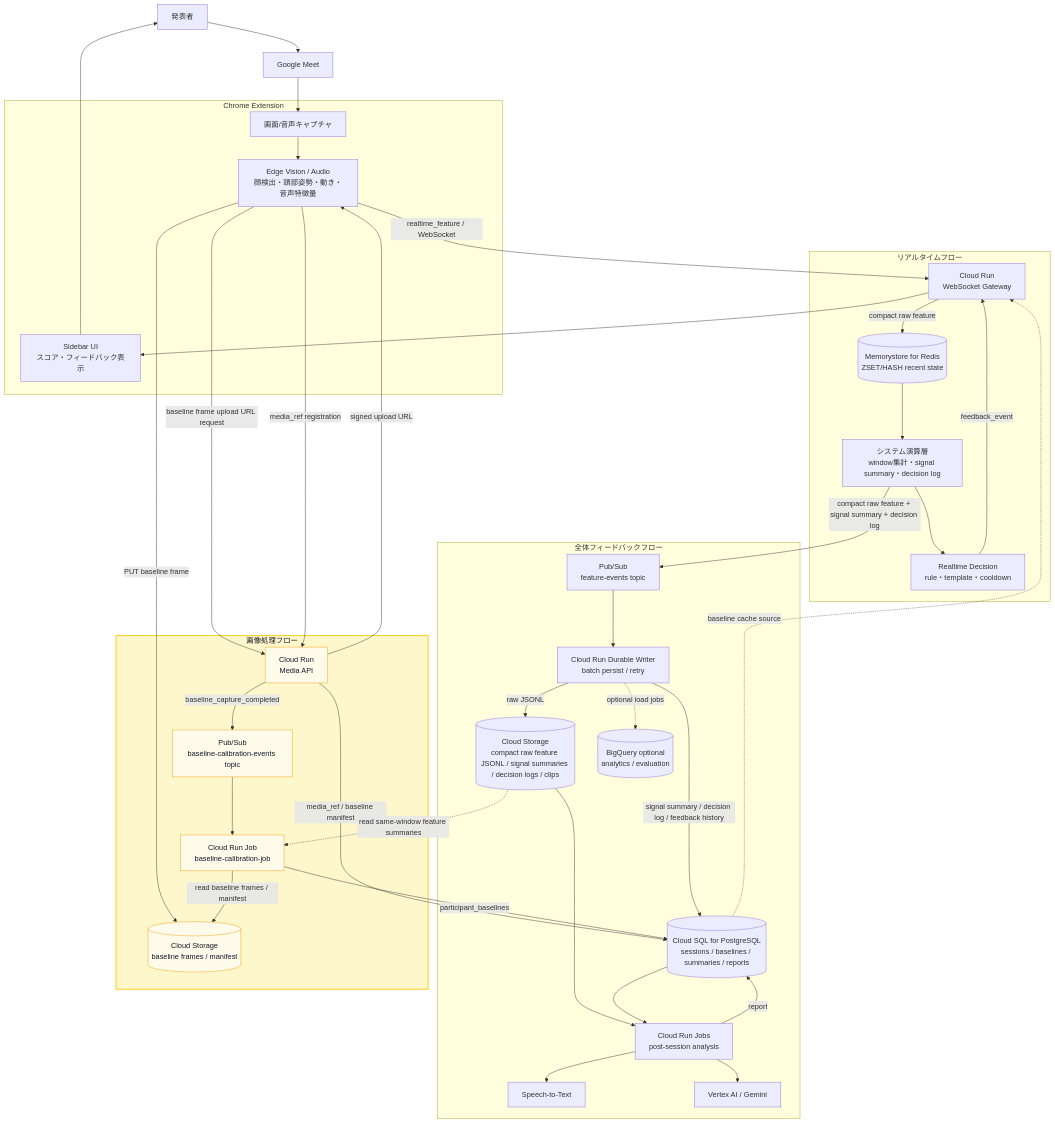
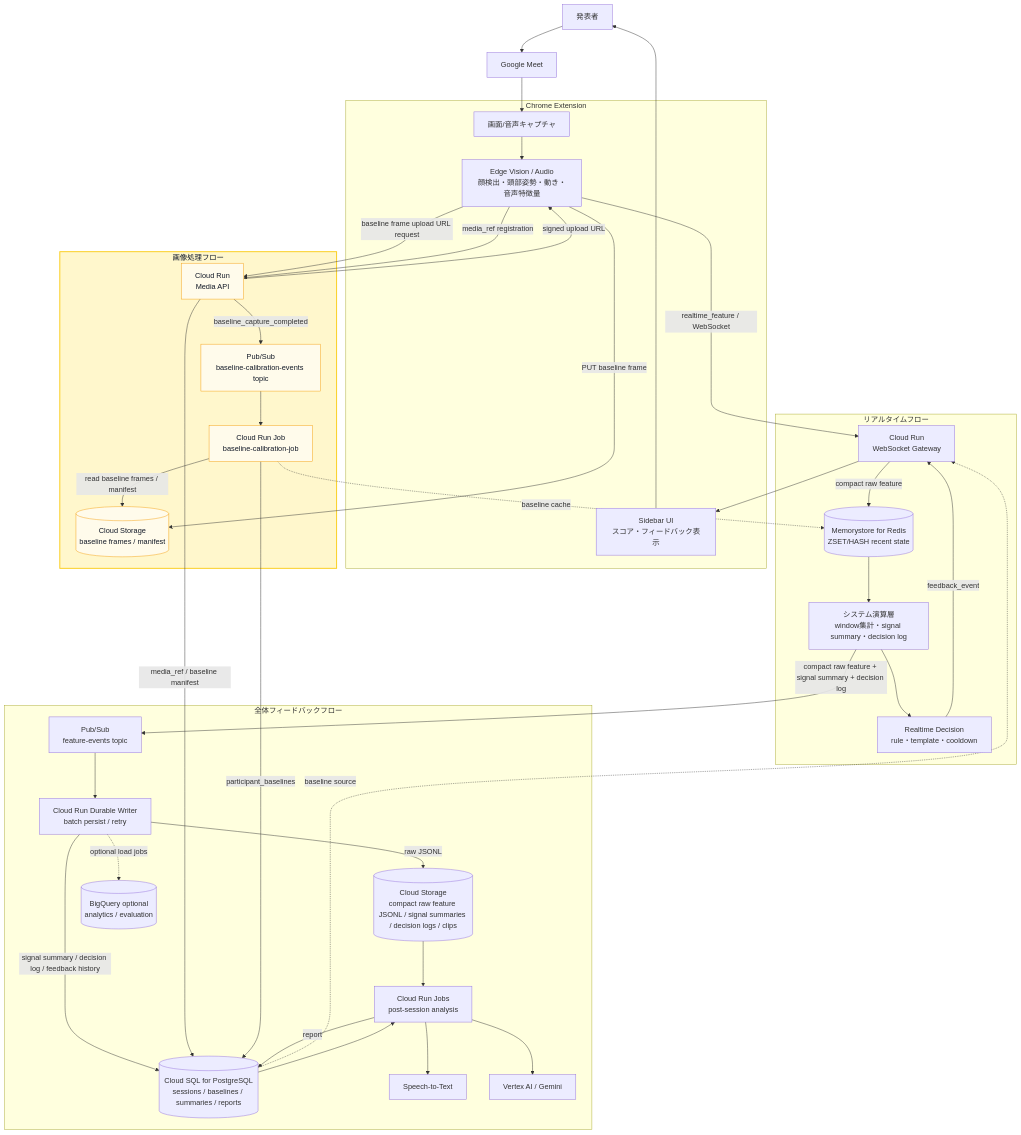
The first of 2 diagrams in architecture.md (k-kanke/reaction-engine), drawn with Mermaid before and after one commit. The commit also changed other lines of this file, not shown here.

Commit message:
add 概要フロー図

````diff
--- a/architecture.md
+++ b/architecture.md
@@ -42,76 +44,76 @@
 ```mermaid
 flowchart TB
   presenter["発表者"]
   meet["Google Meet"]
 
   subgraph extension["Chrome Extension"]
     capture["画面/音声キャプチャ"]
     edge["Edge Vision / Audio<br/>顔検出・頭部姿勢・動き・音声特徴量"]
     sidebar["Sidebar UI<br/>スコア・フィードバック表示"]
   end
 
   subgraph realtime["リアルタイムフロー"]
     gateway["Cloud Run<br/>WebSocket Gateway"]
     redis[("Memorystore for Redis<br/>ZSET/HASH recent state")]
     systemCompute["システム演算層<br/>window集計・signal summary・decision log"]
     decision["Realtime Decision<br/>rule・template・cooldown"]
   end
 
   subgraph durable["全体フィードバックフロー"]
     pubsub["Pub/Sub<br/>feature-events topic"]
     writer["Cloud Run Durable Writer<br/>batch persist / retry"]
     storage[("Cloud Storage<br/>compact raw feature JSONL / signal summaries / decision logs / clips")]
     cloudsql[("Cloud SQL for PostgreSQL<br/>sessions / baselines / summaries / reports")]
     jobs["Cloud Run Jobs<br/>post-session analysis"]
     stt["Speech-to-Text"]
     vertex["Vertex AI / Gemini"]
     bq[("BigQuery optional<br/>analytics / evaluation")]
   end
 
   subgraph baselineImage["画像処理フロー"]
     mediaApi["Cloud Run<br/>Media API"]
     baselineStorage[("Cloud Storage<br/>baseline frames / manifest")]
     baselinePubsub["Pub/Sub<br/>baseline-calibration-events topic"]
     baselineJob["Cloud Run Job<br/>baseline-calibration-job"]
   end
 
   presenter --> meet
   meet --> capture
   capture --> edge
   edge -->|realtime_feature / WebSocket| gateway
 
   gateway -->|compact raw feature| redis
   redis --> systemCompute
   systemCompute --> decision
   decision -->|feedback_event| gateway
   gateway --> sidebar
   sidebar --> presenter
 
   systemCompute -->|compact raw feature + signal summary + decision log| pubsub
   pubsub --> writer
   writer -->|raw JSONL| storage
   writer -->|signal summary / decision log / feedback history| cloudsql
   writer -.->|optional load jobs| bq
 
   edge -->|baseline frame upload URL request| mediaApi
   mediaApi -->|signed upload URL| edge
   edge -->|PUT baseline frame| baselineStorage
   edge -->|media_ref registration| mediaApi
   mediaApi -->|media_ref / baseline manifest| cloudsql
   mediaApi -->|baseline_capture_completed| baselinePubsub
   baselinePubsub --> baselineJob
   baselineJob -->|read baseline frames / manifest| baselineStorage
-  storage -.->|read same-window feature summaries| baselineJob
   baselineJob -->|participant_baselines| cloudsql
-  cloudsql -.->|baseline cache source| gateway
+  baselineJob -.->|baseline cache| redis
+  cloudsql -.->|baseline source| gateway
 
   storage --> jobs
   cloudsql --> jobs
   jobs --> stt
   jobs --> vertex
   jobs -->|report| cloudsql
 
   style baselineImage fill:#fff7cc,stroke:#facc15,stroke-width:2px,color:#111827
   classDef baselineNode fill:#fffbeb,stroke:#f59e0b,stroke-width:1px,color:#111827
   class mediaApi,baselineStorage,baselinePubsub,baselineJob baselineNode
 ```
````
